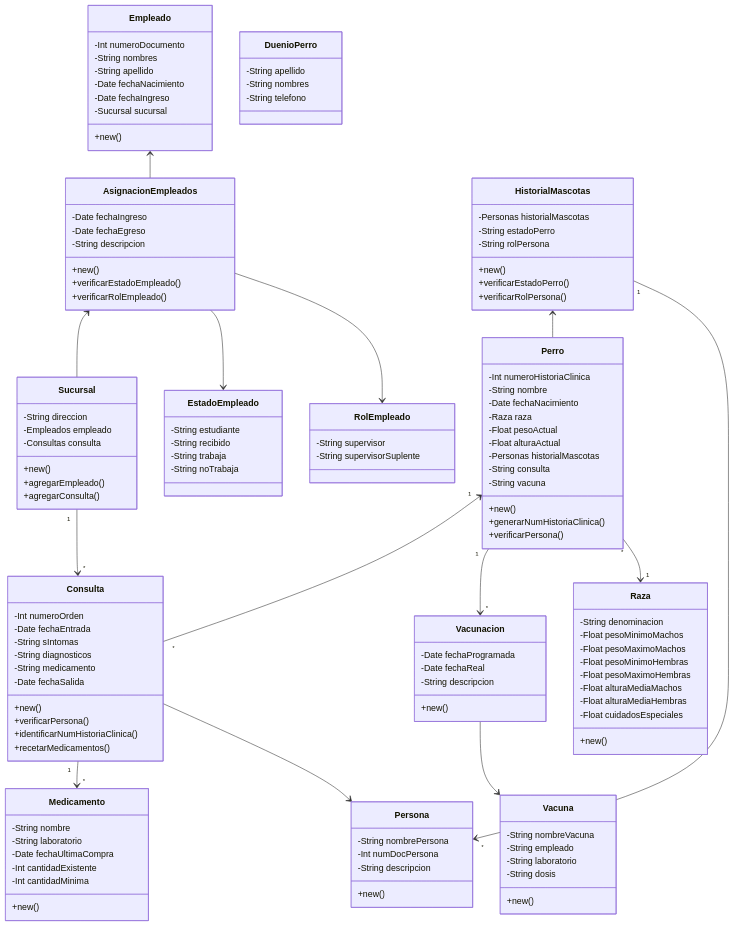
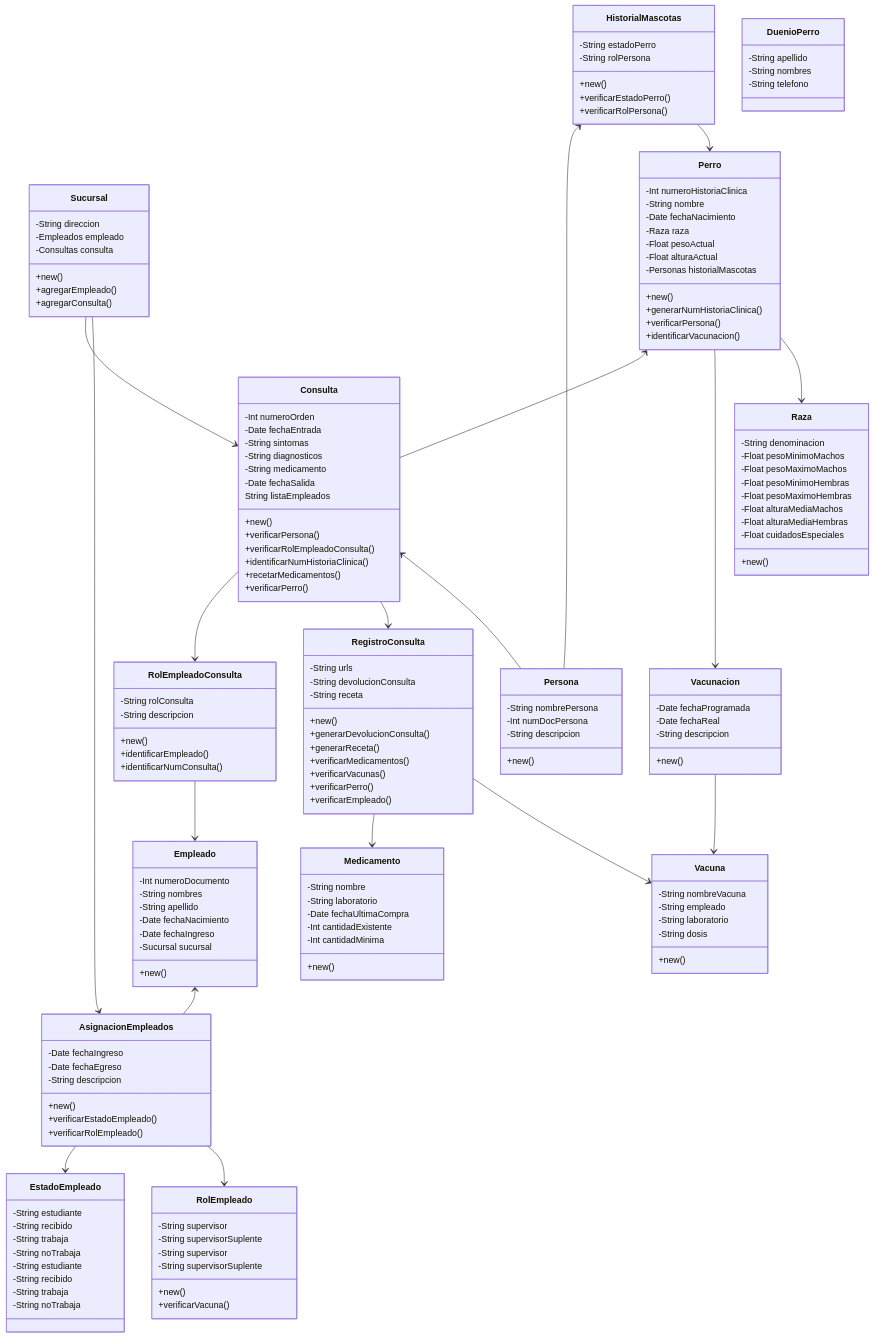
Before and after one commit to joacohlavach/ElSabuesoFeliz: the diagram in Docs/mmd_archivos/classDiagram.mmd, drawn with Mermaid.

Commit message:
diagramav7

```diff
--- a/Docs/mmd_archivos/classDiagram.mmd
+++ b/Docs/mmd_archivos/classDiagram.mmd
@@ -1,140 +1,178 @@
 classDiagram
-class Sucursal {
-  -String direccion
-  -Empleados empleado
-  -Consultas consulta
+  class Sucursal {
+    -String direccion
+    -Empleados empleado
+    -Consultas consulta
 
-  +new()
-  +agregarEmpleado()
-  +agregarConsulta()
-}
-class Empleado {
-  -Int numeroDocumento
-  -String nombres
-  -String apellido
-  -Date fechaNacimiento
-  -Date fechaIngreso
-  -Sucursal sucursal
+    +new()
+    +agregarEmpleado()
+    +agregarConsulta()
+  }
+  class Empleado {
+    -Int numeroDocumento
+    -String nombres
+    -String apellido
+    -Date fechaNacimiento
+    -Date fechaIngreso
+    -Sucursal sucursal
 
-  +new()
-  
-}
-class AsignacionEmpleados {
-  -Date fechaIngreso
-  -Date fechaEgreso
-  -String descripcion
+    +new()
+    
+  }
+  class AsignacionEmpleados {
+    -Date fechaIngreso
+    -Date fechaEgreso
+    -String descripcion
 
-  +new()
-  +verificarEstadoEmpleado()
-  +verificarRolEmpleado()
-}
-class Perro {
-  -Int numeroHistoriaClinica
-  -String nombre
-  -Date fechaNacimiento
-  -Raza raza
-  -Float pesoActual
-  -Float alturaActual
-  -Personas historialMascotas
-  -String consulta
-  -String vacuna
+    +new()
+    +verificarEstadoEmpleado()
+    +verificarRolEmpleado()
+  }
+  class Perro {
+    -Int numeroHistoriaClinica
+    -String nombre
+    -Date fechaNacimiento
+    -Raza raza
+    -Float pesoActual
+    -Float alturaActual
+    -Personas historialMascotas
 
-  +new()
-  +generarNumHistoriaClinica()
-  +verificarPersona()
-}
-class HistorialMascotas {
-  -Personas historialMascotas
-  -String estadoPerro
-  -String rolPersona
+    +new()
+    +generarNumHistoriaClinica()
+    +verificarPersona()
+    +identificarVacunacion()
+  }
+  class HistorialMascotas {
+    -String estadoPerro
+    -String rolPersona
 
-  +new()
-  +verificarEstadoPerro()
-  +verificarRolPersona()
-}
-class Persona {
-  -String nombrePersona
-  -Int numDocPersona
-  -String descripcion
+    +new()
+    +verificarEstadoPerro()
+    +verificarRolPersona()
+  }
+  class Persona {
+    -String nombrePersona
+    -Int numDocPersona
+    -String descripcion
 
-  +new()
-}
-class Raza {
-  -String denominacion
-  -Float pesoMinimoMachos
-  -Float pesoMaximoMachos
-  -Float pesoMinimoHembras
-  -Float pesoMaximoHembras
-  -Float alturaMediaMachos
-  -Float alturaMediaHembras
-  -Float cuidadosEspeciales
+    +new()
+  }
+  class Raza {
+    -String denominacion
+    -Float pesoMinimoMachos
+    -Float pesoMaximoMachos
+    -Float pesoMinimoHembras
+    -Float pesoMaximoHembras
+    -Float alturaMediaMachos
+    -Float alturaMediaHembras
+    -Float cuidadosEspeciales
 
-  +new()
-}
-class Consulta {
-  -Int numeroOrden
-  -Date fechaEntrada
-  -String sIntomas
-  -String diagnosticos
-  -String medicamento
-  -Date fechaSalida
+    +new()
+  }
+  class Consulta {
+    -Int numeroOrden
+    -Date fechaEntrada
+    -String sintomas
+    -String diagnosticos
+    -String medicamento
+    -Date fechaSalida
+    String listaEmpleados
 
-  +new()
-  +verificarPersona()
-  +identificarNumHistoriaClinica()
-  +recetarMedicamentos()
-}
-class Vacunacion {
-  -Date fechaProgramada
-  -Date fechaReal
-  -String descripcion
+    +new()
+    +verificarPersona()
+    +verificarRolEmpleadoConsulta()
+    +identificarNumHistoriaClinica()
+    +recetarMedicamentos()
+    +verificarPerro()
+  }
+  class RegistroConsulta{
+    -String urls
+    -String devolucionConsulta
+    -String receta
 
-  +new()
-}
-class Vacuna {
-  -String nombreVacuna
-  -String empleado
-  -String laboratorio
-  -String dosis
+    +new()
+    +generarDevolucionConsulta()
+    +generarReceta()
+    +verificarMedicamentos()
+    +verificarVacunas()
+    +verificarPerro()
+    +verificarEmpleado()
+  }
+  class RolEmpleadoConsulta {
+    -String rolConsulta
+    -String descripcion
 
-  +new()
-}
-class Medicamento {
-  -String nombre
-  -String laboratorio
-  -Date fechaUltimaCompra
-  -Int cantidadExistente
-  -Int cantidadMinima
+    +new()
+    +identificarEmpleado()
+    +identificarNumConsulta()
+  }
+  class Vacunacion {
+    -Date fechaProgramada
+    -Date fechaReal
+    -String descripcion
 
-  +new()
+    +new()
+  }
+  class DuenioPerro {
+    -String apellido
+    -String nombres
+    -String telefono
+  }
+  class EstadoEmpleado {
+    -String estudiante
+    -String recibido
+    -String trabaja
+    -String noTrabaja
+  }
+  class RolEmpleado {
+    -String supervisor
+    -String supervisorSuplente
+
+    +new()
+    +verificarVacuna()
+    }
+  class Vacuna {
+    -String nombreVacuna
+    -String empleado
+    -String laboratorio
+    -String dosis
+
+    +new()
+  }
+  class Medicamento {
+    -String nombre
+    -String laboratorio
+    -Date fechaUltimaCompra
+    -Int cantidadExistente
+    -Int cantidadMinima
+
+    +new()
+  }
+  class EstadoEmpleado {
+    -String estudiante
+    -String recibido
+    -String trabaja
+    -String noTrabaja
+  }
+  class RolEmpleado {
+    -String supervisor
+    -String supervisorSuplente
   }
 
-class DuenioPerro {
-  -String apellido
-  -String nombres
-  -String telefono
-}
-class EstadoEmpleado {
-  -String estudiante
-  -String recibido
-  -String trabaja
-  -String noTrabaja
-}
-class RolEmpleado {
-  -String supervisor
-  -String supervisorSuplente
-}
-
-Sucursal "1" --> "*" Consulta
-AsignacionEmpleados <-- Sucursal
-AsignacionEmpleados --> EstadoEmpleado
-AsignacionEmpleados --> RolEmpleado
-Empleado <-- AsignacionEmpleados
-Perro "1" <-- "*" Consulta
-Perro "1" --> "*" Vacunacion
-Vacunacion --> Vacuna
-Consulta "1" --> "*" Medicamento
-Consulta --> Persona
-HistorialMascotas <-- Perro
-HistorialMascotas "1" --> "*" Persona
-Perro "*" --> "1" Raza
+  Consulta --> RolEmpleadoConsulta
+  RolEmpleadoConsulta --> Empleado
+  HistorialMascotas <-- Persona
+  Sucursal --> Consulta
+  AsignacionEmpleados <-- Sucursal
+  AsignacionEmpleados --> EstadoEmpleado
+  AsignacionEmpleados --> RolEmpleado
+  Empleado <-- AsignacionEmpleados
+  Perro <-- Consulta
+  Perro --> Vacunacion
+  Vacunacion --> Vacuna
+  Consulta --> RegistroConsulta
+  RegistroConsulta --> Medicamento
+  RegistroConsulta --> Vacuna
+  Consulta <-- Persona
+  HistorialMascotas --> Perro
+  Perro --> Raza
```
